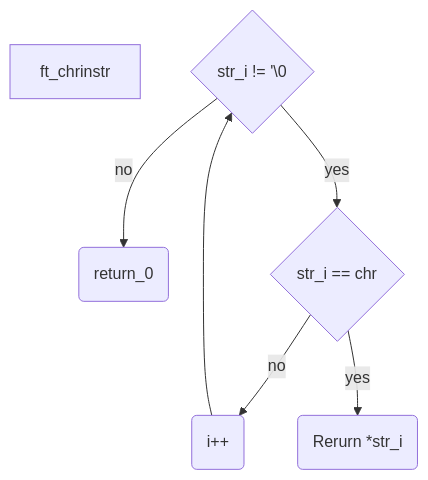
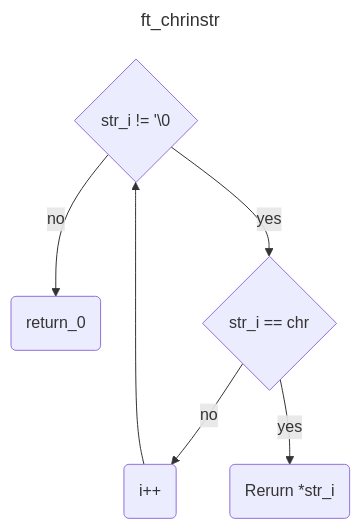
One commit to ELREKO/42-P1-get_next_line changed the diagram in doc/diagramm/ft_chrinstr.mmd. Above: the diagram before and after it, drawn with Mermaid. The commit also changed 1 other file, not shown here.

Commit message:
test mermaid file

```diff
--- a/doc/diagramm/ft_chrinstr.mmd
+++ b/doc/diagramm/ft_chrinstr.mmd
@@ -1,6 +1,10 @@
+---
+title: ft_chrinstr
+---
+
 flowchart TD
-ft_chrinstr
+
 A{str_i != '\0} -- no --> E(return_0) 
 A -- yes --> B{str_i == chr}
 B -- no -->C(i++)-->A
 B -- yes -->D(Rerurn *str_i)
```
